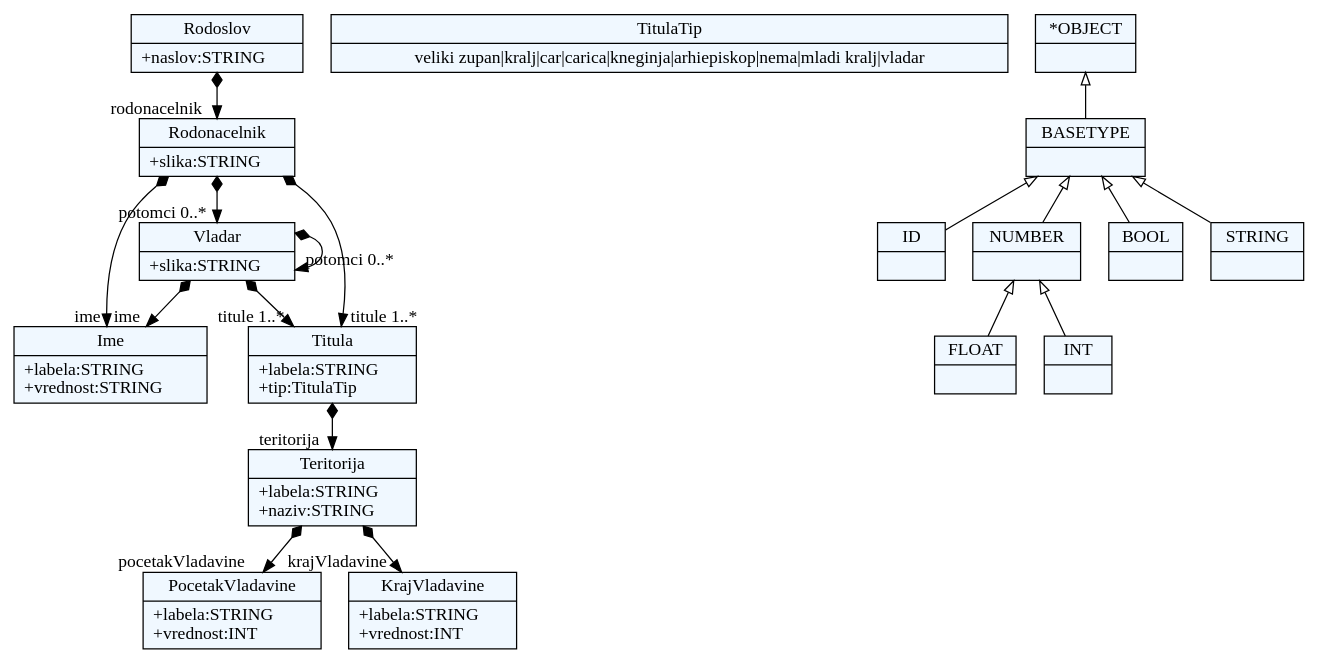
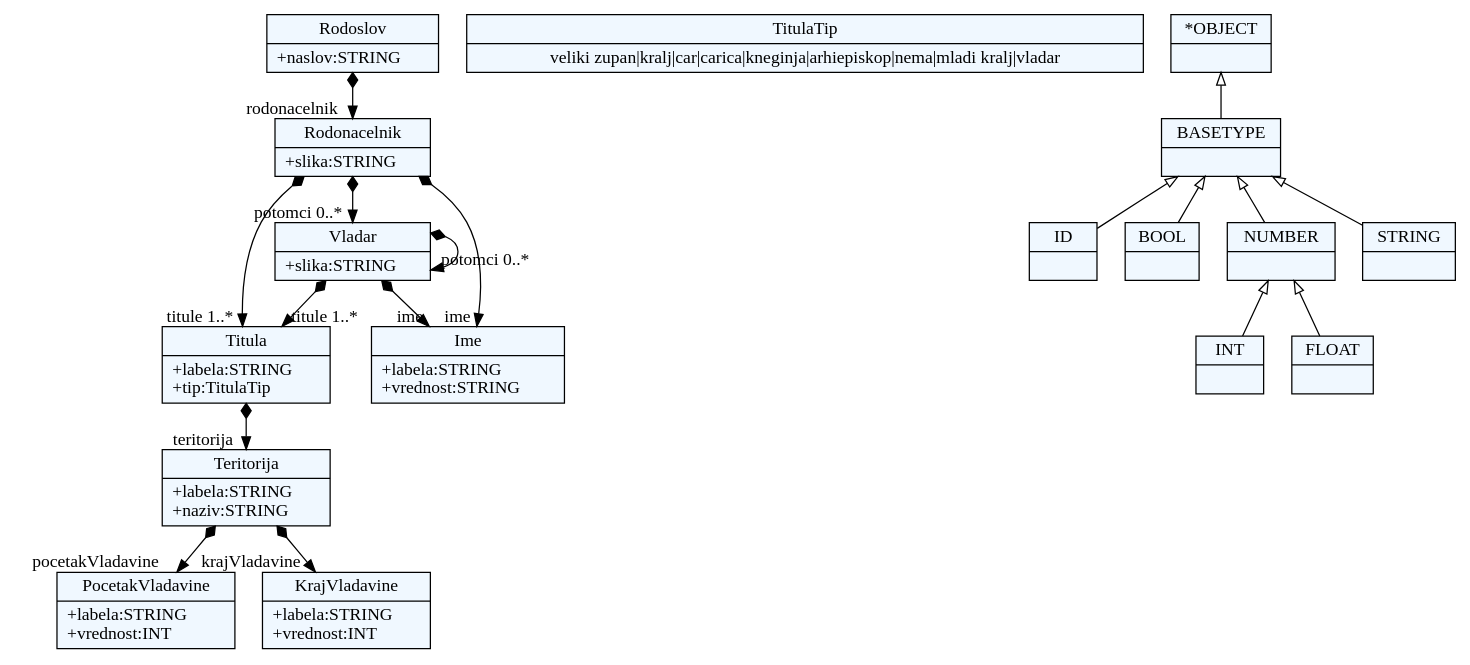
The diagram in Projekat/forms/forms.dot (milenaL9/JSD_2017), drawn with Graphviz before and after one commit. The commit also changed 5 other files, not shown here.

```diff
--- a/Projekat/forms/forms.dot
+++ b/Projekat/forms/forms.dot
@@ -1,66 +1,66 @@
 
     digraph xtext {
     fontname = "Bitstream Vera Sans"
     fontsize = 8
     node[
         shape=record,
         style=filled,
         fillcolor=aliceblue
     ]
     nodesep = 0.3
     edge[dir=black,arrowtail=empty]
 
 
-20886760 -> 20889592[arrowtail=diamond, dir=both, headlabel="pocetakVladavine "]
-20886760 -> 20882984[arrowtail=diamond, dir=both, headlabel="krajVladavine "]
-20886760[ label="{Teritorija|+labela:STRING\l+naziv:STRING\l}"]
+51219448 -> 51210952[arrowtail=diamond, dir=both, headlabel="rodonacelnik "]
+51219448[ label="{Rodoslov|+naslov:STRING\l}"]
 
-20878264[ label="{Ime|+labela:STRING\l+vrednost:STRING\l}"]
+49685096[ label="{PocetakVladavine|+labela:STRING\l+vrednost:INT\l}"]
 
-20867880 -> 20859384[arrowtail=diamond, dir=both, headlabel="rodonacelnik "]
-20867880[ label="{Rodoslov|+naslov:STRING\l}"]
+49676600 -> 49682264[arrowtail=diamond, dir=both, headlabel="teritorija "]
+49676600[ label="{Titula|+labela:STRING\l+tip:TitulaTip\l}"]
 
-20881096 -> 20886760[arrowtail=diamond, dir=both, headlabel="teritorija "]
-20881096[ label="{Titula|+labela:STRING\l+tip:TitulaTip\l}"]
+49678488[ label="{KrajVladavine|+labela:STRING\l+vrednost:INT\l}"]
 
-20882984[ label="{KrajVladavine|+labela:STRING\l+vrednost:INT\l}"]
+49679432[ label="{TitulaTip|veliki zupan\|kralj\|car\|carica\|kneginja\|arhiepiskop\|nema\|mladi kralj\|vladar}"]
 
-20859384 -> 20878264[arrowtail=diamond, dir=both, headlabel="ime "]
-20859384 -> 20881096[arrowtail=diamond, dir=both, headlabel="titule 1..*"]
-20859384 -> 20875432[arrowtail=diamond, dir=both, headlabel="potomci 0..*"]
-20859384[ label="{Rodonacelnik|+slika:STRING\l}"]
+51229832[ label="{Ime|+labela:STRING\l+vrednost:STRING\l}"]
 
-20883928[ label="{TitulaTip|veliki zupan\|kralj\|car\|carica\|kneginja\|arhiepiskop\|nema\|mladi kralj\|vladar}"]
+51227000 -> 51229832[arrowtail=diamond, dir=both, headlabel="ime "]
+51227000 -> 49676600[arrowtail=diamond, dir=both, headlabel="titule 1..*"]
+51227000 -> 51227000[arrowtail=diamond, dir=both, headlabel="potomci 0..*"]
+51227000[ label="{Vladar|+slika:STRING\l}"]
 
-20889592[ label="{PocetakVladavine|+labela:STRING\l+vrednost:INT\l}"]
+51210952 -> 51229832[arrowtail=diamond, dir=both, headlabel="ime "]
+51210952 -> 49676600[arrowtail=diamond, dir=both, headlabel="titule 1..*"]
+51210952 -> 51227000[arrowtail=diamond, dir=both, headlabel="potomci 0..*"]
+51210952[ label="{Rodonacelnik|+slika:STRING\l}"]
 
-20875432 -> 20878264[arrowtail=diamond, dir=both, headlabel="ime "]
-20875432 -> 20881096[arrowtail=diamond, dir=both, headlabel="titule 1..*"]
-20875432 -> 20875432[arrowtail=diamond, dir=both, headlabel="potomci 0..*"]
-20875432[ label="{Vladar|+slika:STRING\l}"]
+49682264 -> 49685096[arrowtail=diamond, dir=both, headlabel="pocetakVladavine "]
+49682264 -> 49678488[arrowtail=diamond, dir=both, headlabel="krajVladavine "]
+49682264[ label="{Teritorija|+labela:STRING\l+naziv:STRING\l}"]
 
-20854664[ label="{ID|}"]
+51206232[ label="{ID|}"]
 
-20868824[ label="{NUMBER|}"]
-20868824 -> 20865992 [dir=back]
-20868824 -> 20863160 [dir=back]
+51211896[ label="{BOOL|}"]
 
-20865992[ label="{FLOAT|}"]
+51223224[ label="{BASETYPE|}"]
+51223224 -> 51220392 [dir=back]
+51223224 -> 51211896 [dir=back]
+51223224 -> 51206232 [dir=back]
+51223224 -> 51209064 [dir=back]
 
-20871656[ label="{BASETYPE|}"]
-20871656 -> 20868824 [dir=back]
-20871656 -> 20860328 [dir=back]
-20871656 -> 20854664 [dir=back]
-20871656 -> 20857496 [dir=back]
+51214728[ label="{INT|}"]
 
-20857496[ label="{STRING|}"]
+51220392[ label="{NUMBER|}"]
+51220392 -> 51217560 [dir=back]
+51220392 -> 51214728 [dir=back]
 
-20860328[ label="{BOOL|}"]
+51209064[ label="{STRING|}"]
 
-20863160[ label="{INT|}"]
+51217560[ label="{FLOAT|}"]
 
-20874488[ label="{*OBJECT|}"]
-20874488 -> 20871656 [dir=back]
+51226056[ label="{*OBJECT|}"]
+51226056 -> 51223224 [dir=back]
 
 
 }
```
